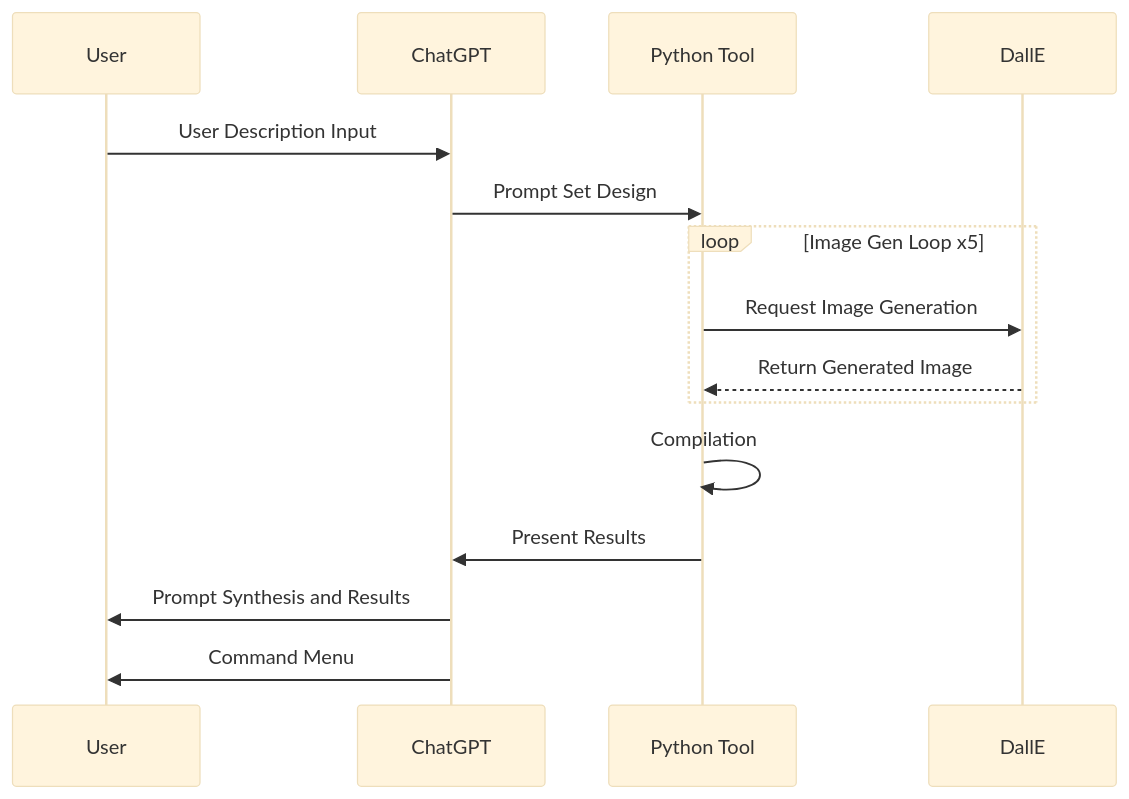
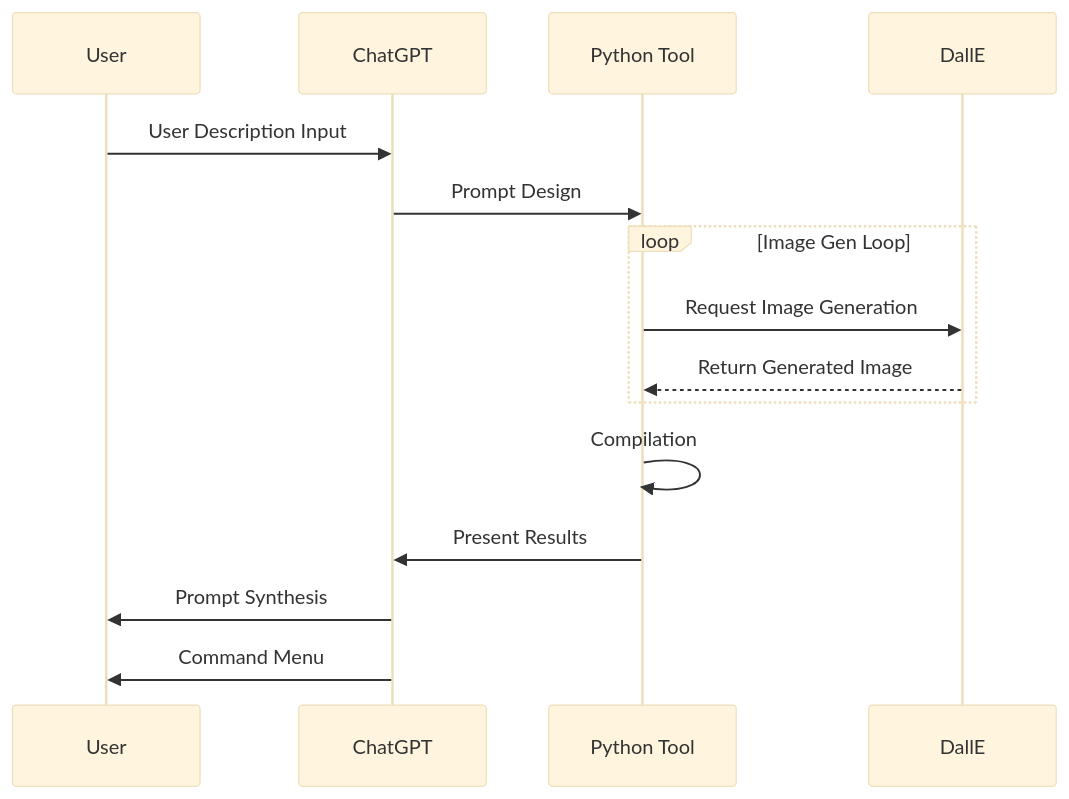
One commit to nerority/Advanced-GPTs changed the fifth of 11 diagrams in README.md. Above: the diagram before and after it, drawn with Mermaid (base theme). The commit also changed other lines of this file, not shown here.

````diff
--- a/README.md
+++ b/README.md
@@ -298,18 +298,18 @@
 ```mermaid
 sequenceDiagram
     participant User
     participant ChatGPT
     participant PythonTool as Python Tool
     participant DallE
 
     User->>ChatGPT: User Description Input
-    ChatGPT->>PythonTool: Prompt Set Design
-    loop Image Gen Loop x5
+    ChatGPT->>PythonTool: Prompt Design
+    loop Image Gen Loop
         PythonTool->>DallE: Request Image Generation
         DallE-->>PythonTool: Return Generated Image
     end
     PythonTool->>PythonTool: Compilation
     PythonTool->>ChatGPT: Present Results
-    ChatGPT->>User: Prompt Synthesis and Results
+    ChatGPT->>User: Prompt Synthesis
     ChatGPT->>User: Command Menu
 ```
````
